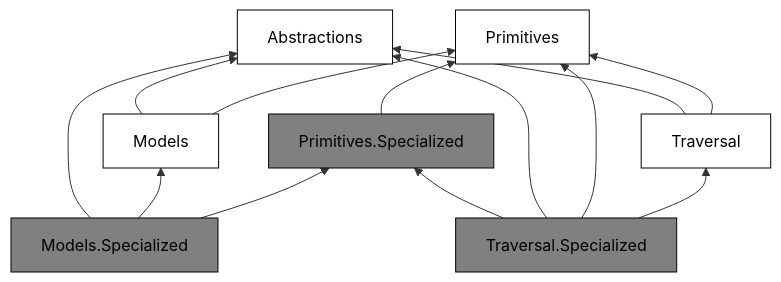
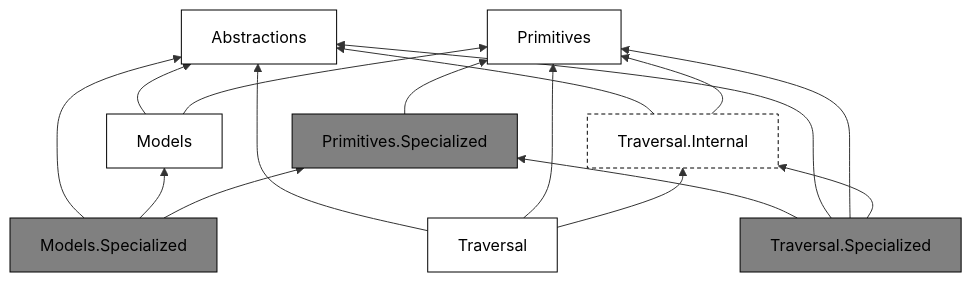
One commit to qbit86/arborescence changed the diagram in tools/agents/kiro/steering/product.md. Above: the diagram before and after it, drawn with Mermaid. The commit also changed other lines of this file and 2 other files, not shown here.

Commit message:
[Traversal] Document the traversal dependency inversion
Update the changelog and the dependency diagrams for Arborescence.Traversal.Internal.

````diff
--- a/tools/agents/kiro/steering/product.md
+++ b/tools/agents/kiro/steering/product.md
@@ -17,27 +21,33 @@
 ```mermaid
 flowchart BT
     Abstractions
     Primitives
     Models
     PrimitivesSpecialized["Primitives.Specialized"]
+    TraversalInternal["Traversal.Internal"]
     Traversal
     ModelsSpecialized["Models.Specialized"]
     TraversalSpecialized["Traversal.Specialized"]
 
     Models --> Abstractions
     Models --> Primitives
     PrimitivesSpecialized --> Primitives
+    TraversalInternal --> Abstractions
+    TraversalInternal --> Primitives
     Traversal --> Abstractions
     Traversal --> Primitives
+    Traversal --> TraversalInternal
     ModelsSpecialized --> Abstractions
     ModelsSpecialized --> Models
     ModelsSpecialized --> PrimitivesSpecialized
     TraversalSpecialized --> PrimitivesSpecialized
     TraversalSpecialized --> Abstractions
     TraversalSpecialized --> Primitives
-    TraversalSpecialized --> Traversal
+    TraversalSpecialized --> TraversalInternal
 
     classDef default fill:white,stroke:black,color:black
     classDef specialized fill:grey,stroke:black,color:black
+    classDef internal fill:white,stroke:black,color:black,stroke-dasharray:4 3
     class PrimitivesSpecialized,ModelsSpecialized,TraversalSpecialized specialized
+    class TraversalInternal internal
 ```
````
